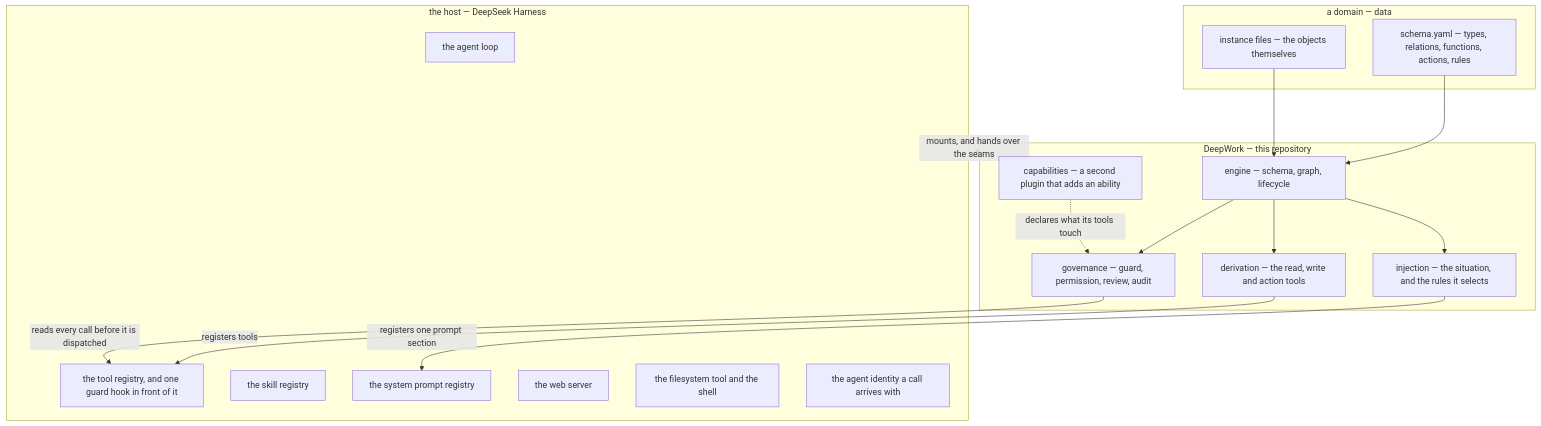
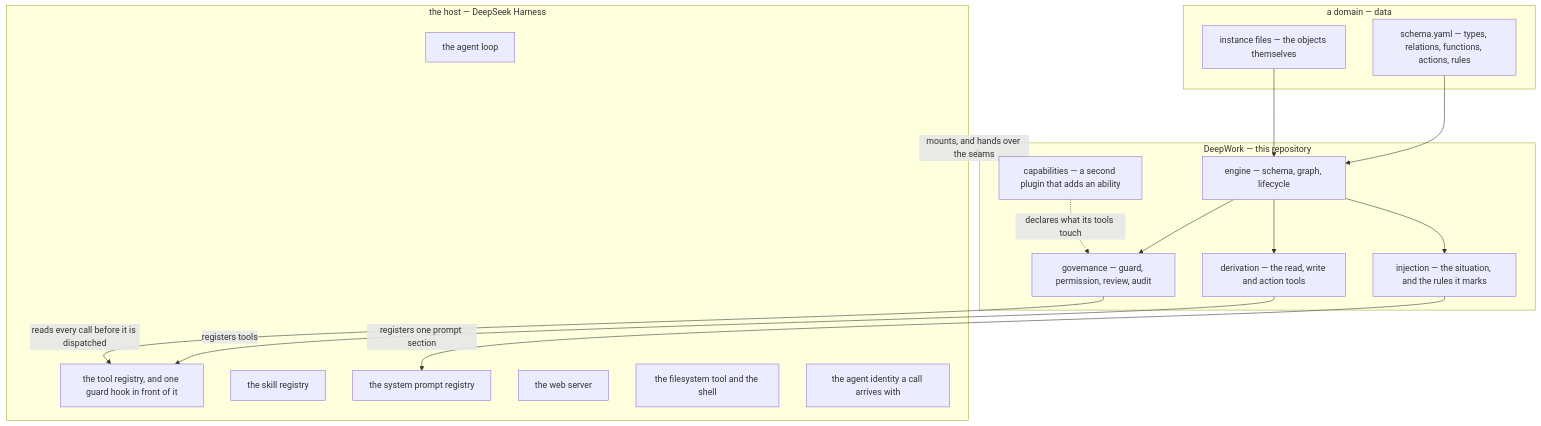
The first of 4 diagrams in docs/architecture.md (zhangcun1995521/deepwork), drawn with Mermaid before and after one commit. The commit also changed other lines of this file and 11 other files, not shown here.

````diff
--- a/docs/architecture.md
+++ b/docs/architecture.md
@@ -20,36 +20,36 @@
 ```mermaid
 flowchart TB
   subgraph host["the host — DeepSeek Harness"]
     h1["the agent loop"]
     h2["the tool registry, and one guard hook in front of it"]
     h3["the skill registry"]
     h4["the system prompt registry"]
     h5["the web server"]
     h6["the filesystem tool and the shell"]
     h7["the agent identity a call arrives with"]
   end
 
   subgraph deepwork["DeepWork — this repository"]
     d1["engine — schema, graph, lifecycle"]
     d2["derivation — the read, write and action tools"]
     d3["governance — guard, permission, review, audit"]
-    d4["injection — the situation, and the rules it selects"]
+    d4["injection — the situation, and the rules it marks"]
     d5["capabilities — a second plugin that adds an ability"]
   end
 
   subgraph domain["a domain — data"]
     y1["schema.yaml — types, relations, functions, actions, rules"]
     y2["instance files — the objects themselves"]
   end
 
   y1 --> d1
   y2 --> d1
   d1 --> d2
   d1 --> d3
   d1 --> d4
   d2 -->|"registers tools"| h2
   d4 -->|"registers one prompt section"| h4
   d3 -->|"reads every call before it is dispatched"| h2
   d5 -.->|"declares what its tools touch"| d3
   host -.->|"mounts, and hands over the seams"| deepwork
 ```
````
